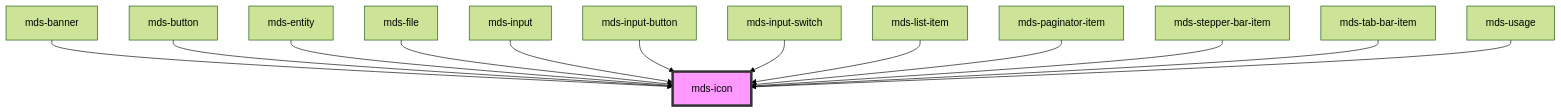
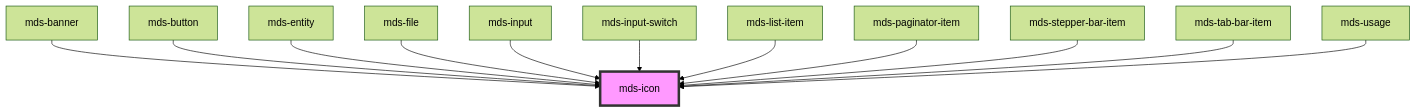
Before and after one commit to magma-design-system/magma: the diagram in projects/stencil/src/components/mds-icon/readme.md, drawn with Mermaid (forest theme). The commit also changed other lines of this file, not shown here.

Commit message:
fix(mds-icon): prevent readers to trigger icon

````diff
--- a/projects/stencil/src/components/mds-icon/readme.md
+++ b/projects/stencil/src/components/mds-icon/readme.md
@@ -112,16 +111,15 @@
 ```mermaid
 graph TD;
   mds-banner --> mds-icon
   mds-button --> mds-icon
   mds-entity --> mds-icon
   mds-file --> mds-icon
   mds-input --> mds-icon
-  mds-input-button --> mds-icon
   mds-input-switch --> mds-icon
   mds-list-item --> mds-icon
   mds-paginator-item --> mds-icon
   mds-stepper-bar-item --> mds-icon
   mds-tab-bar-item --> mds-icon
   mds-usage --> mds-icon
   style mds-icon fill:#f9f,stroke:#333,stroke-width:4px
 ```
````
